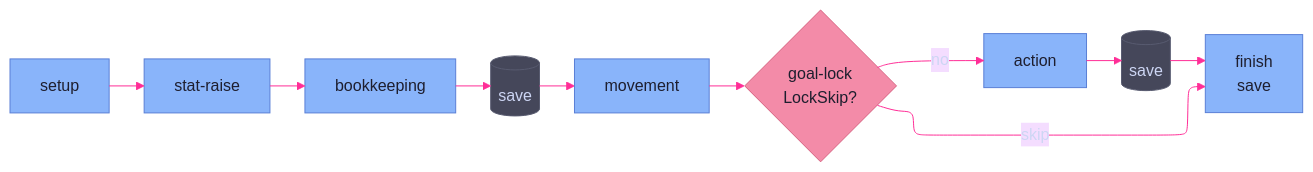
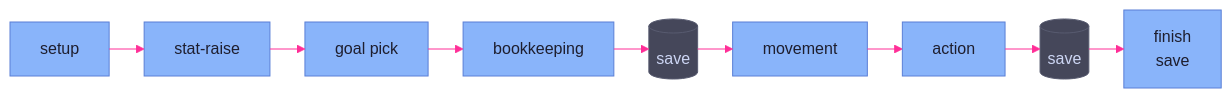
One commit to therobertcrocker/gm-toolkit changed the first of 2 diagrams in docs/architecture/engine/orchestrator.md. Above: the diagram before and after it, drawn with Mermaid. The commit also changed other lines of this file and 17 other files, not shown here.

````diff
--- a/docs/architecture/engine/orchestrator.md
+++ b/docs/architecture/engine/orchestrator.md
@@ -60,29 +60,26 @@
 ```mermaid
 ---
 config:
   layout: elk
   theme: base
   themeVariables:
     background: '#1e1e2e'
     primaryTextColor: '#cdd6f4'
     lineColor: '#ff2e97'
 ---
 flowchart LR
   Setup["setup"]:::process
   Stat["stat-raise"]:::process
+  Pick["goal pick"]:::process
   Book["bookkeeping"]:::process
   Save1[("save")]:::muted
   Move["movement"]:::process
-  Lock{"goal-lock<br>LockSkip?"}:::decision
   Action["action"]:::process
   Save2[("save")]:::muted
   Finish["finish<br>save"]:::process
 
-  Setup --> Stat --> Book --> Save1 --> Move --> Lock
-  Lock -- skip --> Finish
-  Lock -- no --> Action --> Save2 --> Finish
+  Setup --> Stat --> Pick --> Book --> Save1 --> Move --> Action --> Save2 --> Finish
 
   classDef process  fill:#89b4fa,stroke:#5a7fd6,color:#1e1e2e
-  classDef decision fill:#f38ba8,stroke:#d6607f,color:#1e1e2e
   classDef muted    fill:#45475a,stroke:#585b70,color:#cdd6f4
 ```
````
